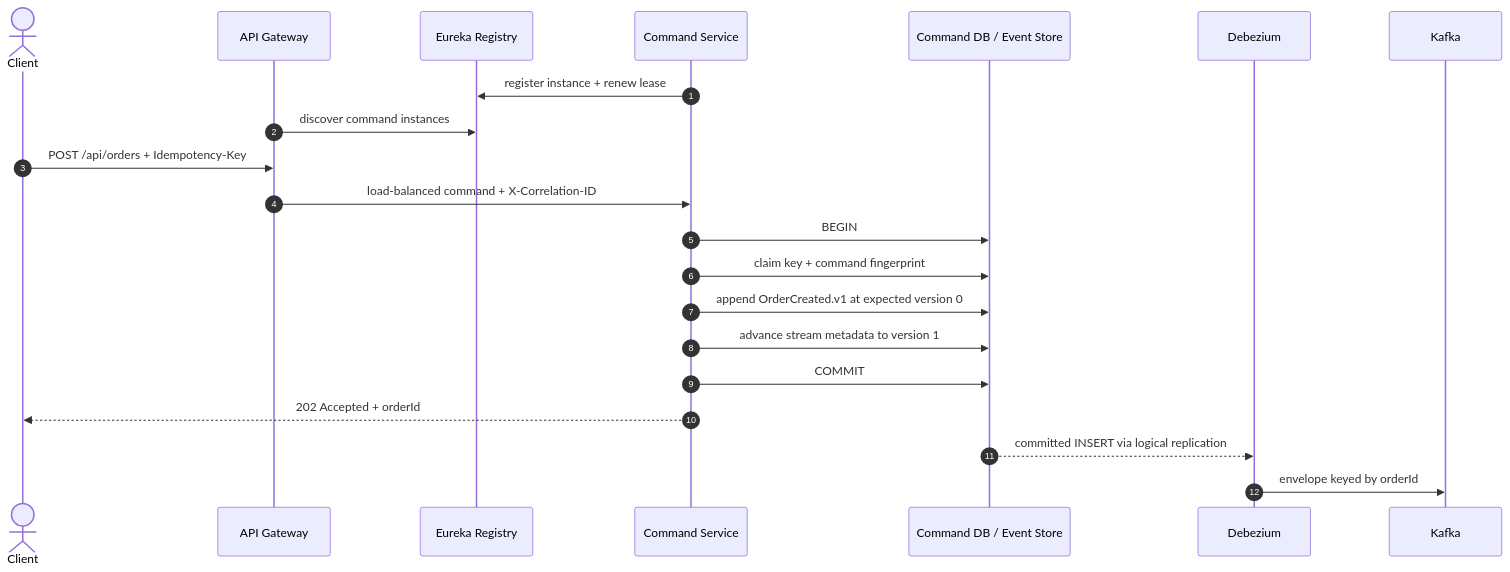
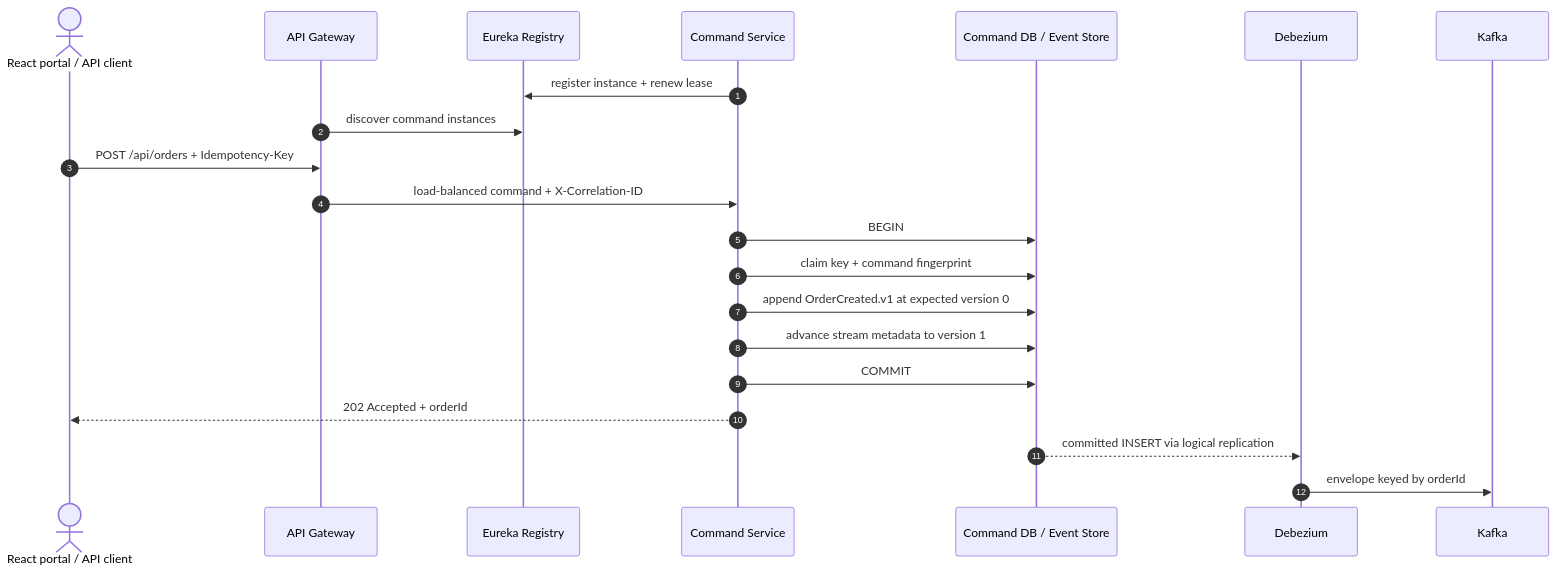
Before and after one commit to karacsonybarni/event-sourced-cqrs-microservices: the first of 2 diagrams in docs/architecture.md, drawn with Mermaid. The commit also changed other lines of this file and 29 other files, not shown here.

Commit message:
Add React CQRS order portal

````diff
--- a/docs/architecture.md
+++ b/docs/architecture.md
@@ -11,24 +17,24 @@
 ```mermaid
 sequenceDiagram
     autonumber
-    actor Client
+    actor Client as React portal / API client
     participant G as API Gateway
     participant R as Eureka Registry
     participant C as Command Service
     participant ES as Command DB / Event Store
     participant D as Debezium
     participant K as Kafka
 
     C->>R: register instance + renew lease
     G->>R: discover command instances
     Client->>G: POST /api/orders + Idempotency-Key
     G->>C: load-balanced command + X-Correlation-ID
     C->>ES: BEGIN
     C->>ES: claim key + command fingerprint
     C->>ES: append OrderCreated.v1 at expected version 0
     C->>ES: advance stream metadata to version 1
     C->>ES: COMMIT
     C-->>Client: 202 Accepted + orderId
     ES-->>D: committed INSERT via logical replication
     D->>K: envelope keyed by orderId
 ```
````
